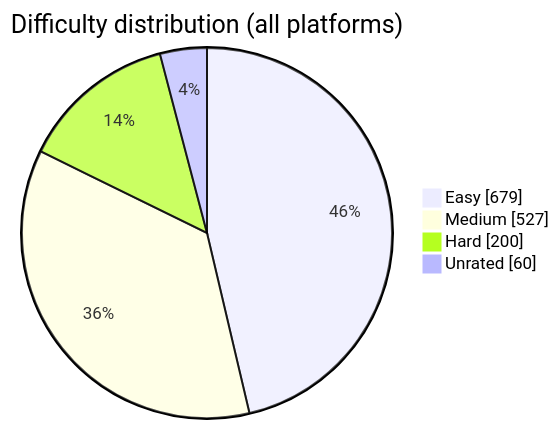
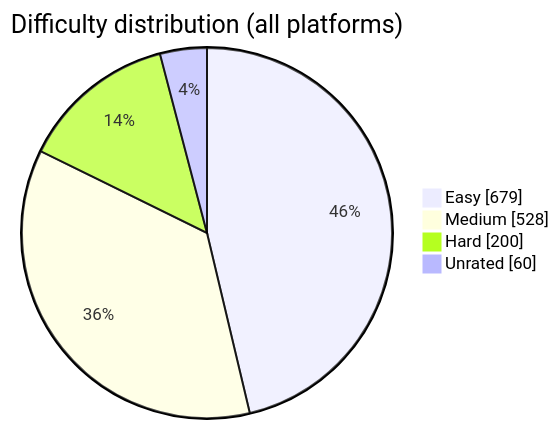
Before and after one commit to BuildbyArindam/Daily-Coding-Log: the diagram in README.md, drawn with Mermaid. The commit also changed other lines of this file, not shown here.

````diff
--- a/README.md
+++ b/README.md
@@ -93,7 +93,7 @@
 ```mermaid
 pie showData title Difficulty distribution (all platforms)
     "Easy" : 679
-    "Medium" : 527
+    "Medium" : 528
     "Hard" : 200
     "Unrated" : 60
 ```
````
